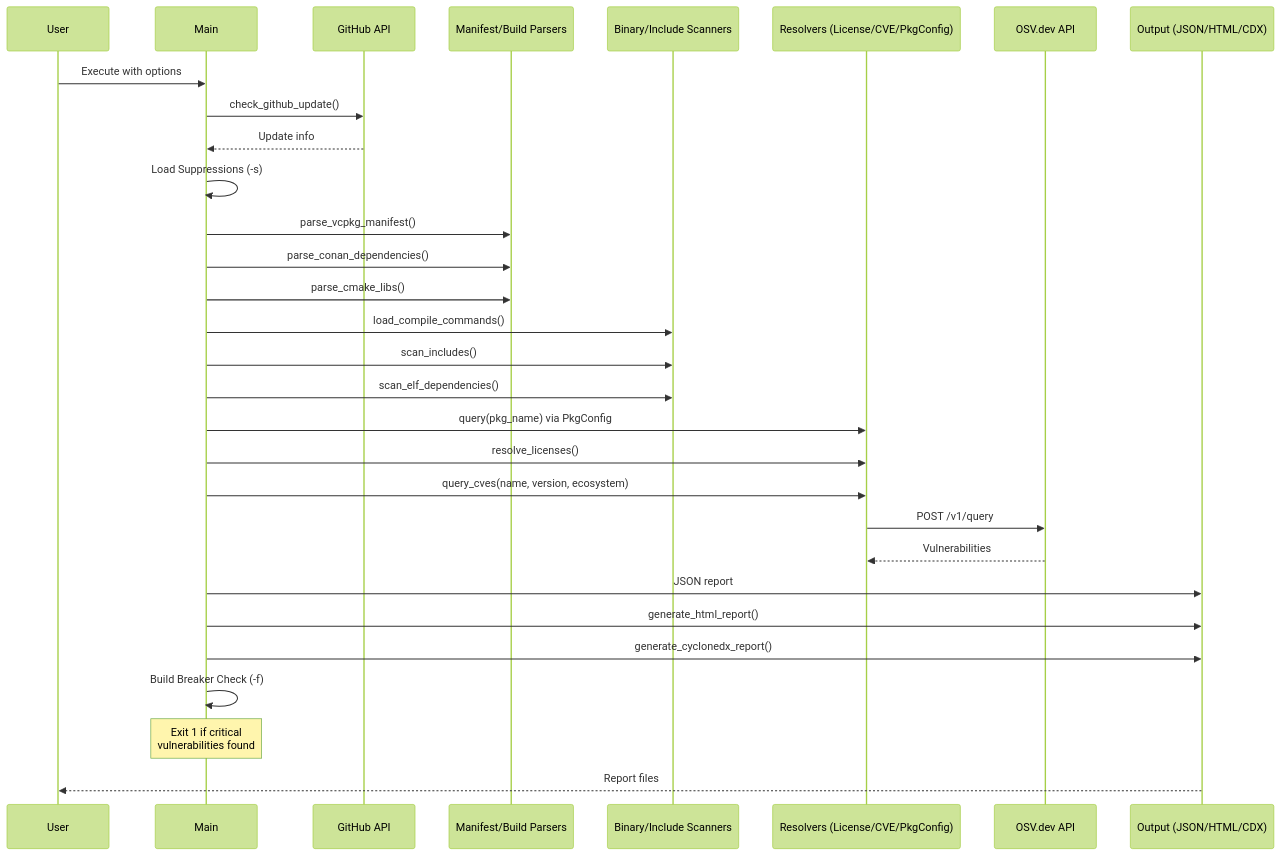
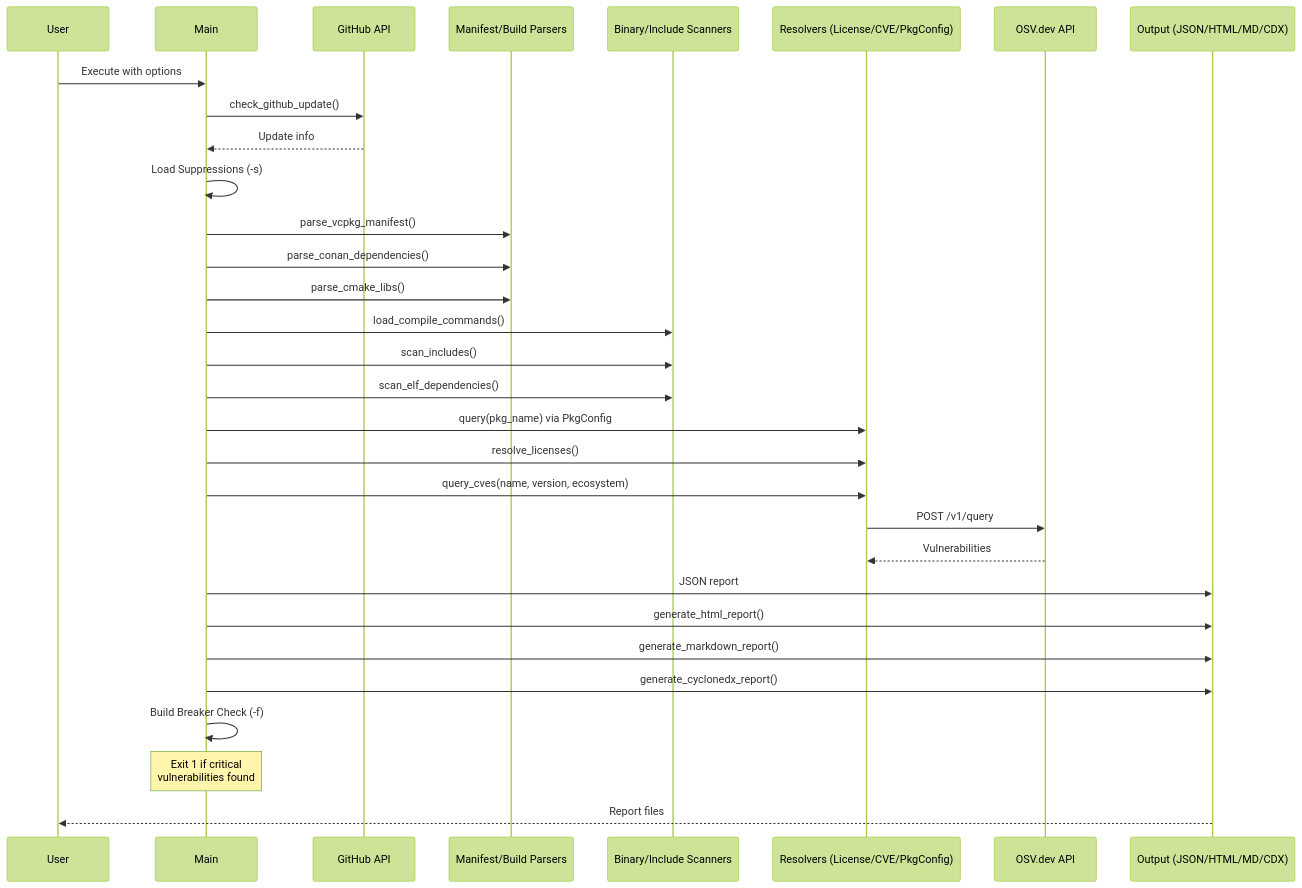
One commit to Zheng-Bote/depdiscover changed the third of 4 diagrams in docs/architecture/readme.md. Above: the diagram before and after it, drawn with Mermaid (forest theme). The commit also changed other lines of this file and 32 other files, not shown here.

````diff
--- a/docs/architecture/readme.md
+++ b/docs/architecture/readme.md
@@ -149,33 +155,34 @@
 ```mermaid
 sequenceDiagram
     participant User
     participant Main
     participant GH as GitHub API
     participant Parsers as Manifest/Build Parsers
     participant Scanners as Binary/Include Scanners
     participant Resolvers as Resolvers (License/CVE/PkgConfig)
     participant OSV as OSV.dev API
-    participant Output as Output (JSON/HTML/CDX)
+    participant Output as Output (JSON/HTML/MD/CDX)
 
     User->>Main: Execute with options
     Main->>GH: check_github_update()
     GH-->>Main: Update info
     Main->>Main: Load Suppressions (-s)
     Main->>Parsers: parse_vcpkg_manifest()
     Main->>Parsers: parse_conan_dependencies()
     Main->>Parsers: parse_cmake_libs()
     Main->>Scanners: load_compile_commands()
     Main->>Scanners: scan_includes()
     Main->>Scanners: scan_elf_dependencies()
     Main->>Resolvers: query(pkg_name) via PkgConfig
     Main->>Resolvers: resolve_licenses()
     Main->>Resolvers: query_cves(name, version, ecosystem)
     Resolvers->>OSV: POST /v1/query
     OSV-->>Resolvers: Vulnerabilities
     Main->>Output: JSON report
     Main->>Output: generate_html_report()
+    Main->>Output: generate_markdown_report()
     Main->>Output: generate_cyclonedx_report()
     Main->>Main: Build Breaker Check (-f)
     Note over Main: Exit 1 if critical<br>vulnerabilities found
     Output-->>User: Report files
 ```
````
